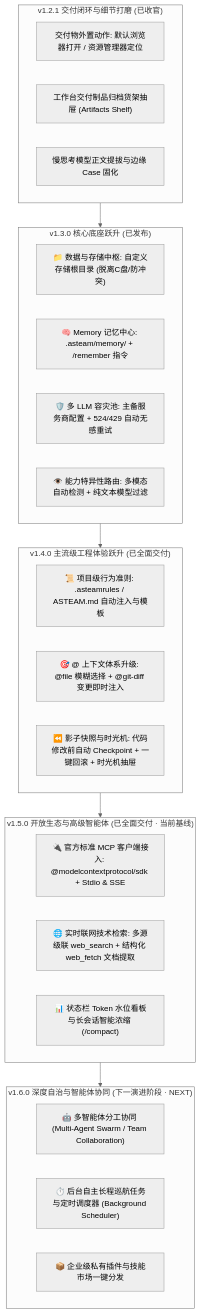
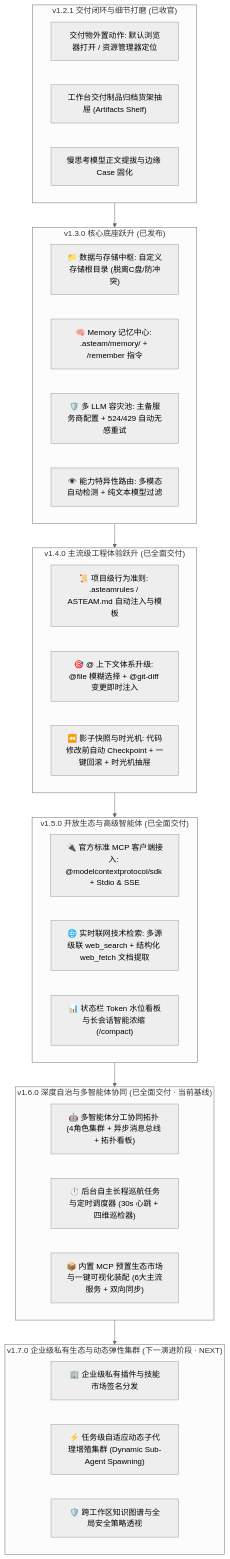
The diagram in ROADMAP.md (h382110229/asteam-agent), drawn with Mermaid (neutral theme) before and after one commit. The commit also changed other lines of this file and 3 other files, not shown here.

Commit message:
chore(release): bump version to v1.6.0, add release notes, and update roadmap

````diff
--- a/ROADMAP.md
+++ b/ROADMAP.md
@@ -20,35 +20,41 @@
 ```mermaid
 flowchart TD
   subgraph v121 ["v1.2.1 交付闭环与细节打磨 (已收官)"]
     A1["交付物外置动作: 默认浏览器打开 / 资源管理器定位"]
     A2["工作台交付制品归档货架抽屉 (Artifacts Shelf)"]
     A3["慢思考模型正文提拔与边缘 Case 固化"]
   end
 
   subgraph v130 ["v1.3.0 核心底座跃升 (已发布)"]
     B1["📁 数据与存储中枢: 自定义存储根目录 (脱离C盘/防冲突)"]
     B2["🧠 Memory 记忆中心: .asteam/memory/ + /remember 指令"]
     B3["🛡️ 多 LLM 容灾池: 主备服务商配置 + 524/429 自动无感重试"]
     B4["👁️ 能力特异性路由: 多模态自动检测 + 纯文本模型过滤"]
   end
 
   subgraph v140 ["v1.4.0 主流级工程体验跃升 (已全面交付)"]
     C1["📜 项目级行为准则: .asteamrules / ASTEAM.md 自动注入与模板"]
     C2["🎯 @ 上下文体系升级: @file 模糊选择 + @git-diff 变更即时注入"]
     C3["⏪ 影子快照与时光机: 代码修改前自动 Checkpoint + 一键回滚 + 时光机抽屉"]
   end
 
-  subgraph v150 ["v1.5.0 开放生态与高级智能体 (已全面交付 · 当前基线)"]
+  subgraph v150 ["v1.5.0 开放生态与高级智能体 (已全面交付)"]
     D1["🔌 官方标准 MCP 客户端接入: @modelcontextprotocol/sdk + Stdio & SSE"]
     D2["🌐 实时联网技术检索: 多源级联 web_search + 结构化 web_fetch 文档提取"]
     D3["📊 状态栏 Token 水位看板与长会话智能浓缩 (/compact)"]
   end
 
-  subgraph v160 ["v1.6.0 深度自治与智能体协同 (下一演进阶段 · NEXT)"]
-    E1["🤖 多智能体分工协同 (Multi-Agent Swarm / Team Collaboration)"]
-    E2["⏱️ 后台自主长程巡航任务与定时调度器 (Background Scheduler)"]
-    E3["📦 企业级私有插件与技能市场一键分发"]
+  subgraph v160 ["v1.6.0 深度自治与多智能体协同 (已全面交付 · 当前基线)"]
+    E1["🤖 多智能体分工协同拓扑 (4角色集群 + 异步消息总线 + 拓扑看板)"]
+    E2["⏱️ 后台自主长程巡航任务与定时调度器 (30s 心跳 + 四维巡检器)"]
+    E3["📦 内置 MCP 预置生态市场与一键可视化装配 (6大主流服务 + 双向同步)"]
   end
 
-  v121 --> v130 --> v140 --> v150 --> v160
+  subgraph v170 ["v1.7.0 企业级私有生态与动态弹性集群 (下一演进阶段 · NEXT)"]
+    F1["🏢 企业级私有插件与技能市场签名分发"]
+    F2["⚡ 任务级自适应动态子代理增殖集群 (Dynamic Sub-Agent Spawning)"]
+    F3["🛡️ 跨工作区知识图谱与全局安全策略透视"]
+  end
+
+  v121 --> v130 --> v140 --> v150 --> v160 --> v170
 ```
````
